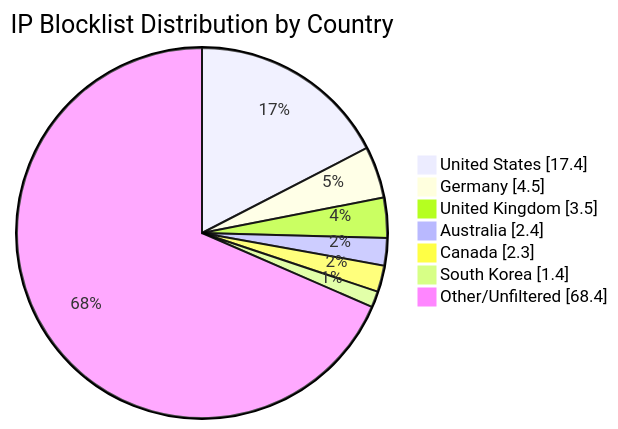
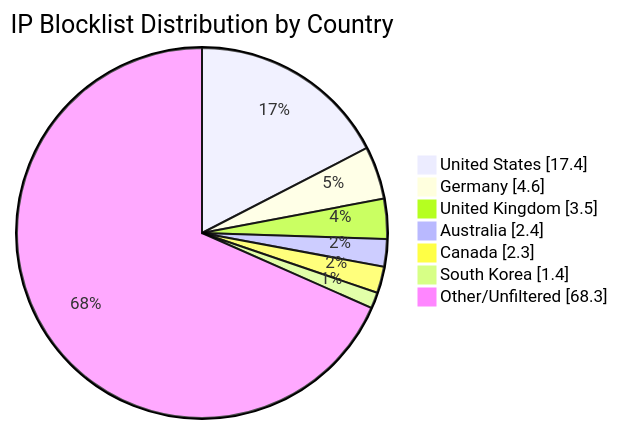
Before and after one commit to MarcusHoltz/ipblocklist-geofiltered-aggregator: the diagram in README.md, drawn with Mermaid. The commit also changed other lines of this file and 9 other files, not shown here.

````diff
--- a/README.md
+++ b/README.md
@@ -34,10 +34,10 @@
 ```mermaid
 pie showData title IP Blocklist Distribution by Country
 "United States" : 17.4
-"Germany" : 4.5
+"Germany" : 4.6
 "United Kingdom" : 3.5
 "Australia" : 2.4
 "Canada" : 2.3
 "South Korea" : 1.4
-"Other/Unfiltered" : 68.4
+"Other/Unfiltered" : 68.3
 ```
````
